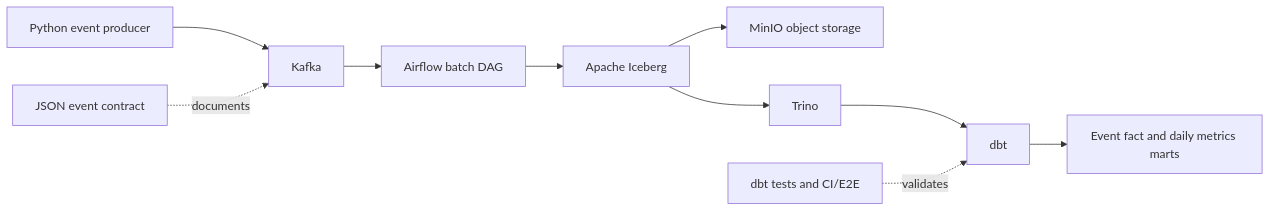
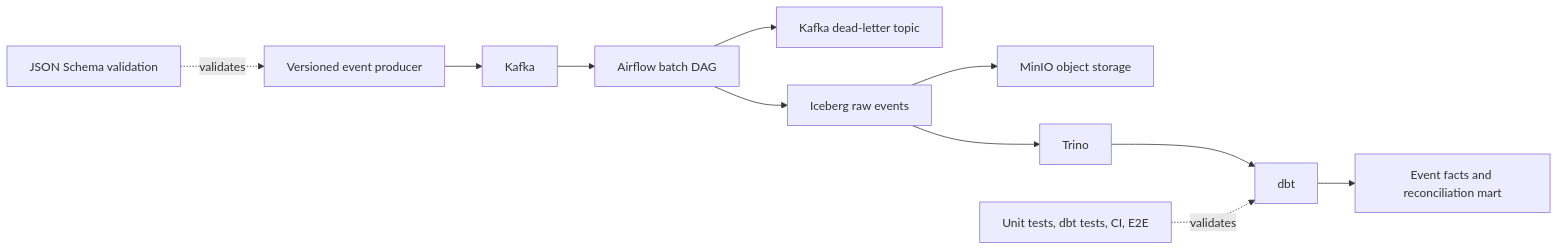
One commit to AndrewLhn/CLOUD-NATIVE-DATA-PLATFORM changed the diagram in README.md. Above: the diagram before and after it, drawn with Mermaid. The commit also changed other lines of this file, not shown here.

Commit message:
docs: document Ledgerline contract and reconciliation slice

```diff
--- a/README.md
+++ b/README.md
@@ -53,12 +55,13 @@
 ~~~mermaid
 flowchart LR
-    P[Python event producer] --> K[Kafka]
+    P[Versioned event producer] --> K[Kafka]
+    C[JSON Schema validation] -. validates .-> P
     K --> A[Airflow batch DAG]
-    A --> I[Apache Iceberg]
+    A --> DLQ[Kafka dead-letter topic]
+    A --> I[Iceberg raw events]
     I --> O[MinIO object storage]
     I --> T[Trino]
     T --> D[dbt]
-    D --> F[Event fact and daily metrics marts]
-    C[JSON event contract] -. documents .-> K
-    Q[dbt tests and CI/E2E] -. validates .-> D
+    D --> F[Event facts and reconciliation mart]
+    Q[Unit tests, dbt tests, CI, E2E] -. validates .-> D
 ~~~
```
